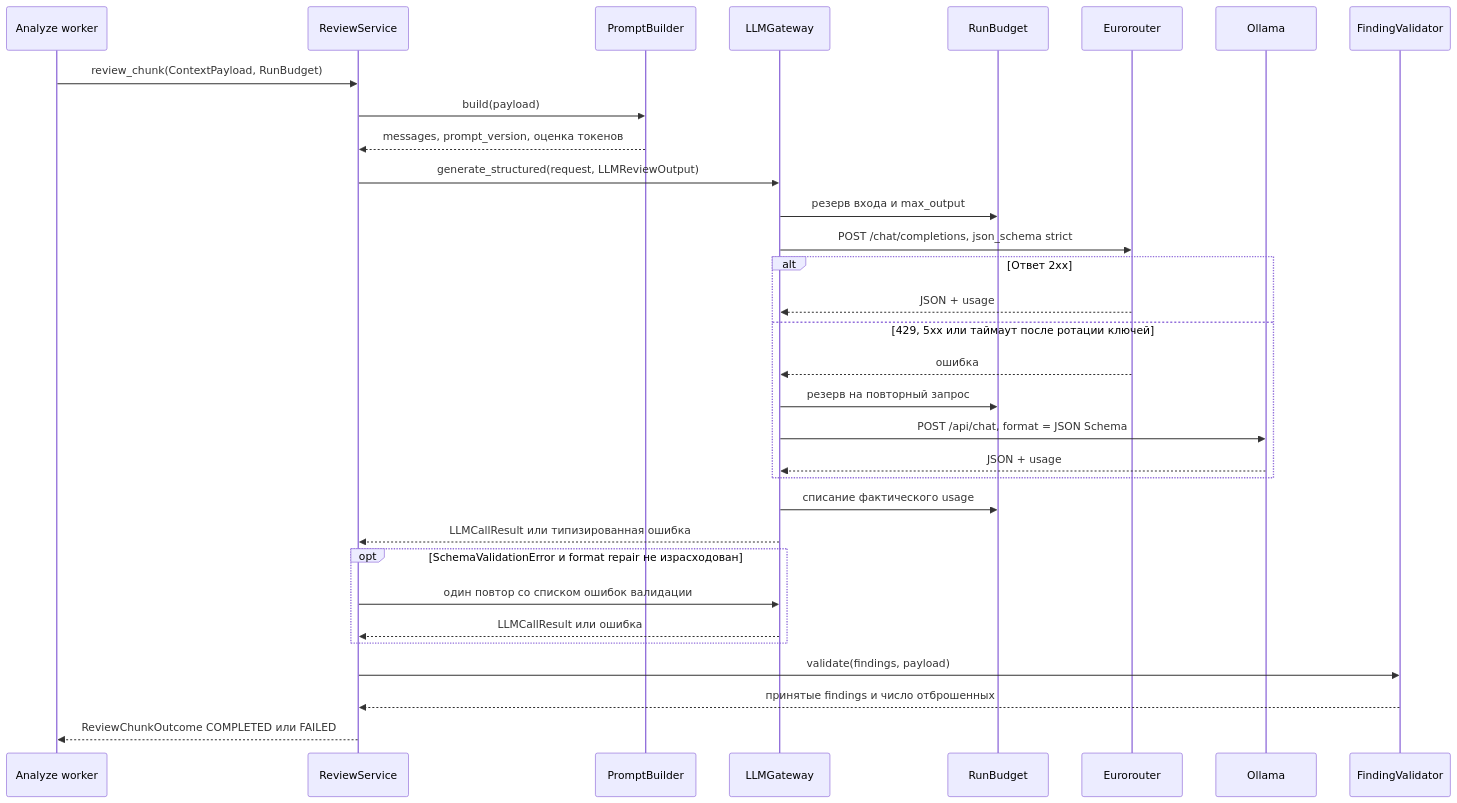
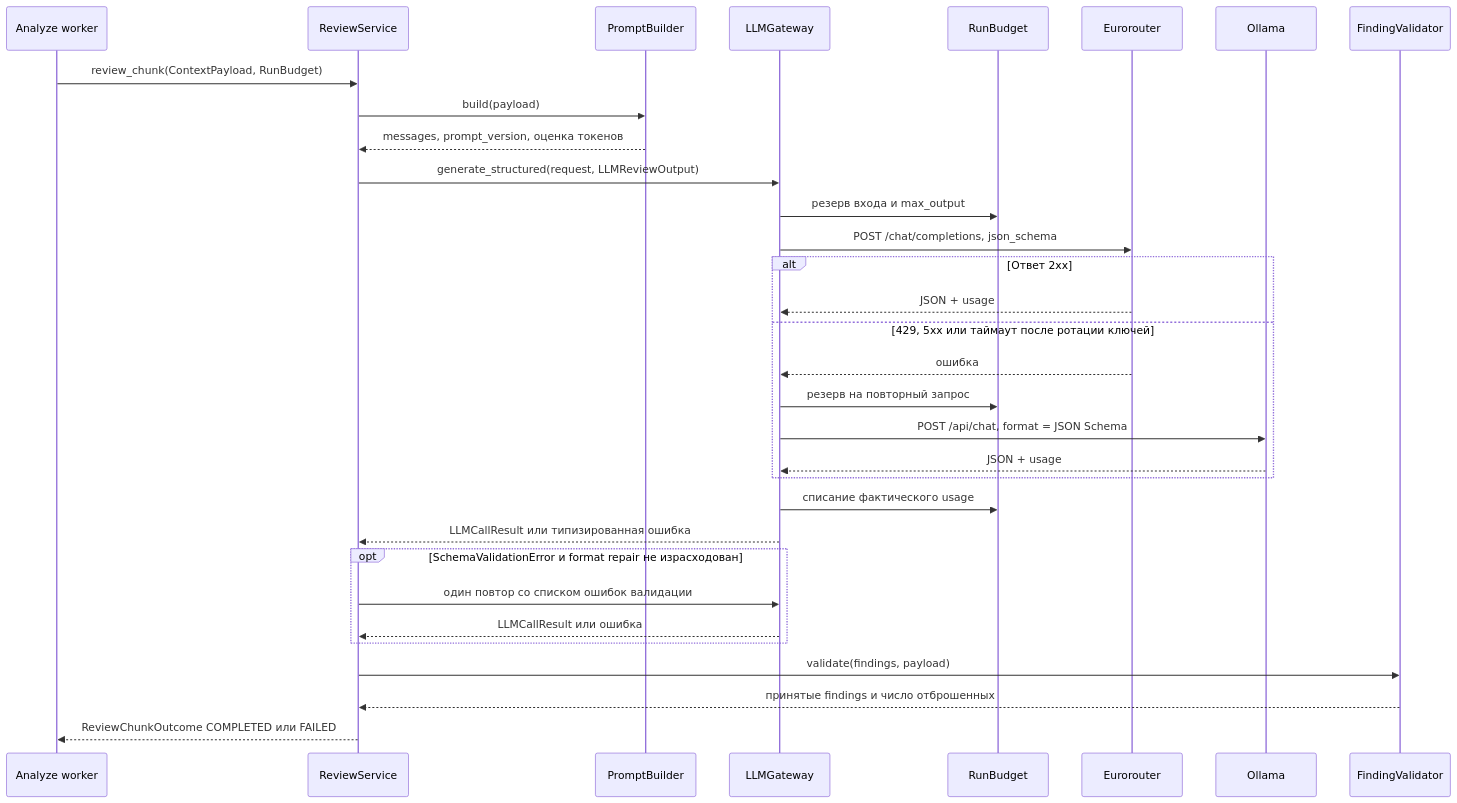
The third of 3 diagrams in docs/llm-gateway-review-pipeline.md (larchanka-training/dmc-268-api-t2), drawn with Mermaid before and after one commit. The commit also changed other lines of this file and 5 other files, not shown here.

First line of the commit message:
fix(llm): accept Mistral on Eurouter (non-strict schema, no model name check)

````diff
--- a/docs/llm-gateway-review-pipeline.md
+++ b/docs/llm-gateway-review-pipeline.md
@@ -162,35 +162,35 @@
 ```mermaid
 sequenceDiagram
     participant W as Analyze worker
     participant S as ReviewService
     participant P as PromptBuilder
     participant G as LLMGateway
     participant B as RunBudget
     participant E as Eurorouter
     participant O as Ollama
     participant V as FindingValidator
 
     W->>S: review_chunk(ContextPayload, RunBudget)
     S->>P: build(payload)
     P-->>S: messages, prompt_version, оценка токенов
     S->>G: generate_structured(request, LLMReviewOutput)
     G->>B: резерв входа и max_output
-    G->>E: POST /chat/completions, json_schema strict
+    G->>E: POST /chat/completions, json_schema
     alt Ответ 2xx
         E-->>G: JSON + usage
     else 429, 5xx или таймаут после ротации ключей
         E-->>G: ошибка
         G->>B: резерв на повторный запрос
         G->>O: POST /api/chat, format = JSON Schema
         O-->>G: JSON + usage
     end
     G->>B: списание фактического usage
     G-->>S: LLMCallResult или типизированная ошибка
     opt SchemaValidationError и format repair не израсходован
         S->>G: один повтор со списком ошибок валидации
         G-->>S: LLMCallResult или ошибка
     end
     S->>V: validate(findings, payload)
     V-->>S: принятые findings и число отброшенных
     S-->>W: ReviewChunkOutcome COMPLETED или FAILED
 ```
````
